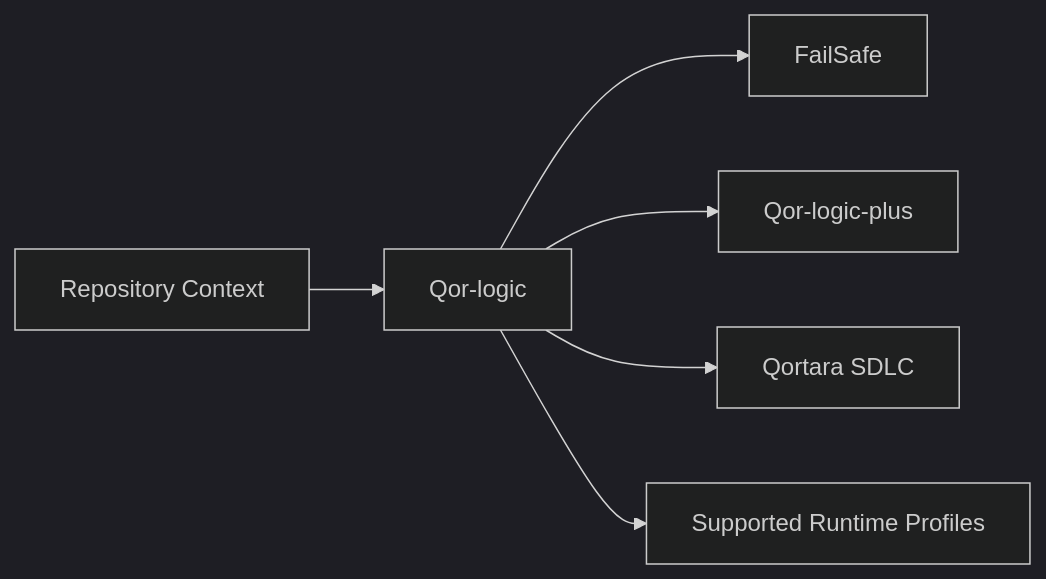
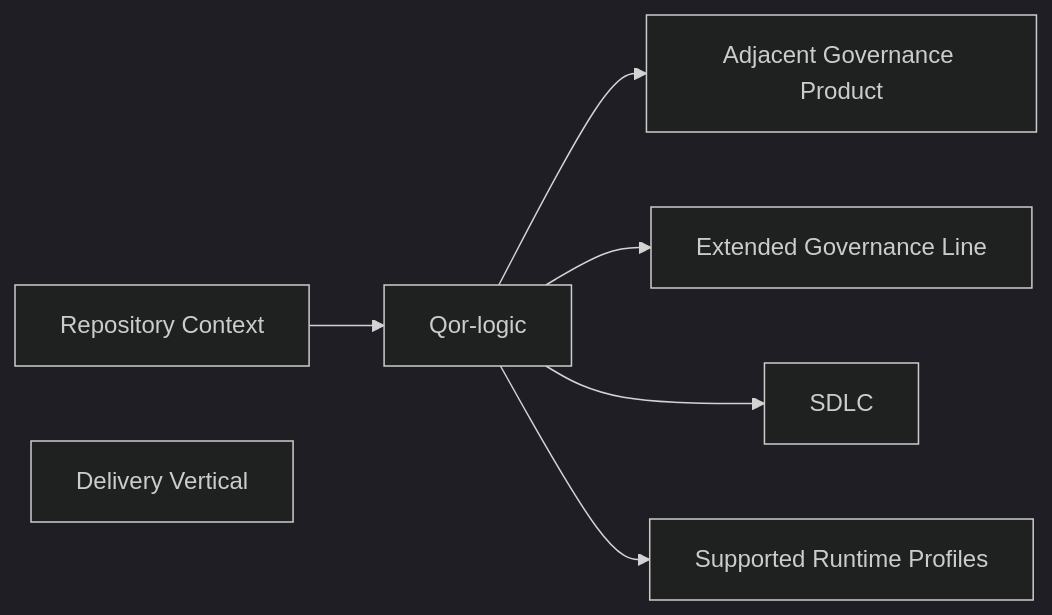
The diagram in docs/ecosystem-position.md (MythologIQ-Labs-LLC/Qor-logic), drawn with Mermaid (dark theme) before and after one commit. The commit also changed other lines of this file and 87 other files, not shown here.

````diff
--- a/docs/ecosystem-position.md
+++ b/docs/ecosystem-position.md
@@ -11,15 +11,15 @@
 ```mermaid
 flowchart LR
     Repo[Repository Context]
     Logic[Qor-logic]
-    FailSafe[FailSafe]
-    Plus[Qor-logic-plus]
-    SDLC[Qortara SDLC]
+    Product[Adjacent Governance Product]
+    Extended[Extended Governance Line]
+    Vertical[Delivery Vertical]
     Runtime[Supported Runtime Profiles]
 
     Repo --> Logic
-    Logic --> FailSafe
-    Logic --> Plus
+    Logic --> Product
+    Logic --> Extended
     Logic --> SDLC
     Logic --> Runtime
 ```
````
